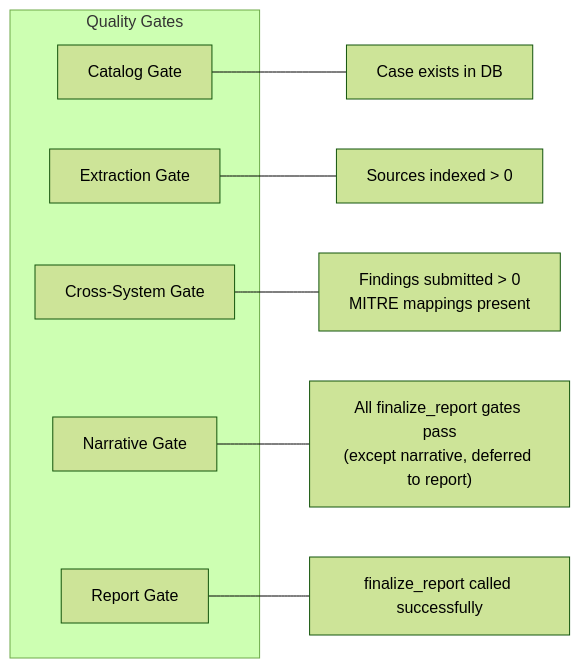
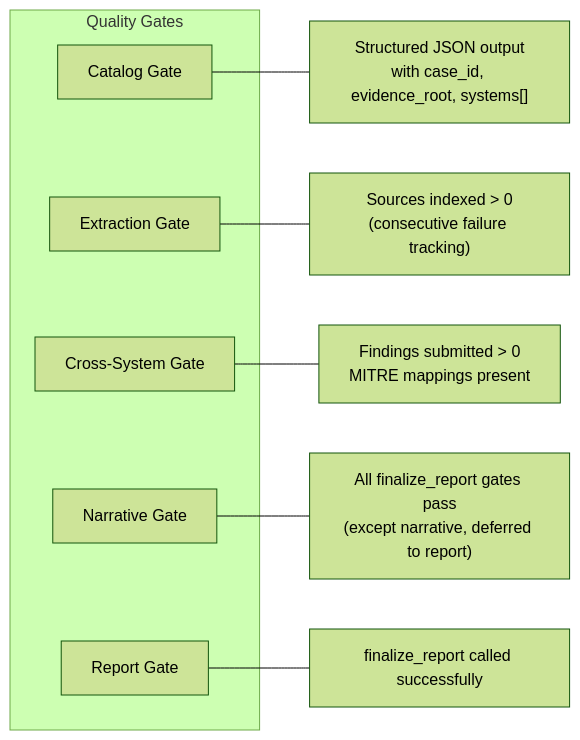
Before and after one commit to calebevans/mulder: the fifth of 7 diagrams in docs/architecture.md, drawn with Mermaid (forest theme). The commit also changed other lines of this file and 2 other files, not shown here.

First line of the commit message:
docs: update README and architecture docs to reflect current system state

````diff
--- a/docs/architecture.md
+++ b/docs/architecture.md
@@ -222,16 +224,16 @@
 ```mermaid
 flowchart LR
     subgraph gates [Quality Gates]
         catalogGate["Catalog Gate"]
         extractionGate["Extraction Gate"]
         crossSystemGate["Cross-System Gate"]
         narrativeGate["Narrative Gate"]
         reportGate["Report Gate"]
     end
 
-    catalogGate --- catalogChecks["Case exists in DB"]
-    extractionGate --- extractionChecks["Sources indexed > 0"]
+    catalogGate --- catalogChecks["Structured JSON output\nwith case_id, evidence_root, systems[]"]
+    extractionGate --- extractionChecks["Sources indexed > 0\n(consecutive failure tracking)"]
     crossSystemGate --- crossChecks["Findings submitted > 0\nMITRE mappings present"]
     narrativeGate --- narrativeChecks["All finalize_report gates pass\n(except narrative, deferred to report)"]
     reportGate --- reportChecks["finalize_report called successfully"]
 ```
````
